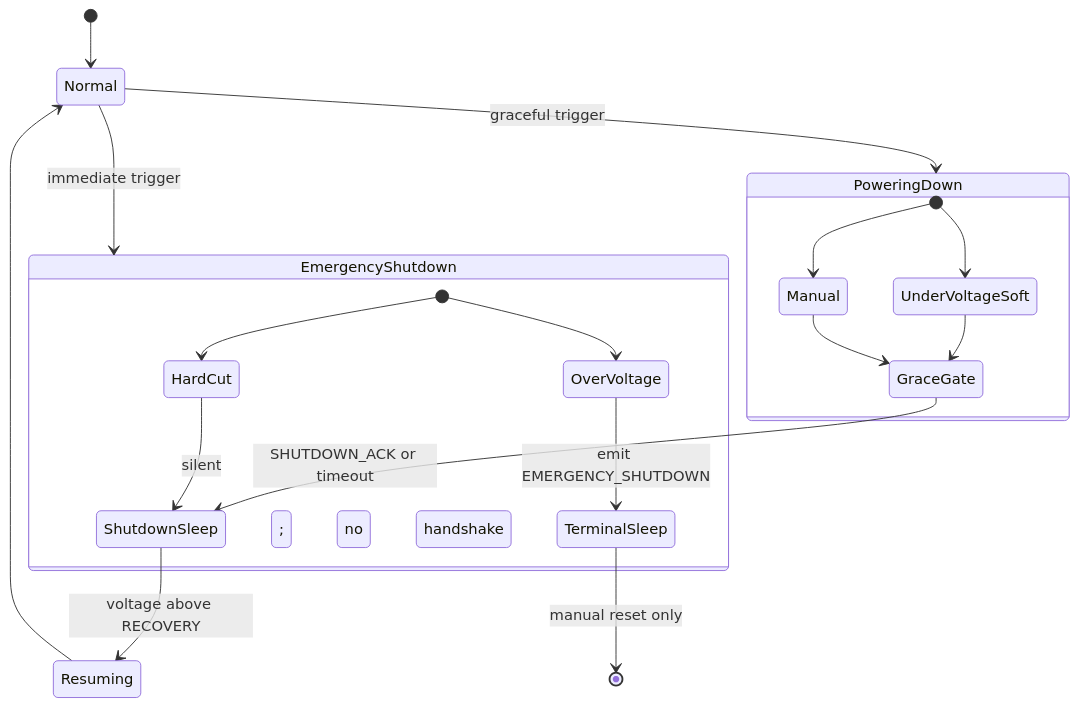
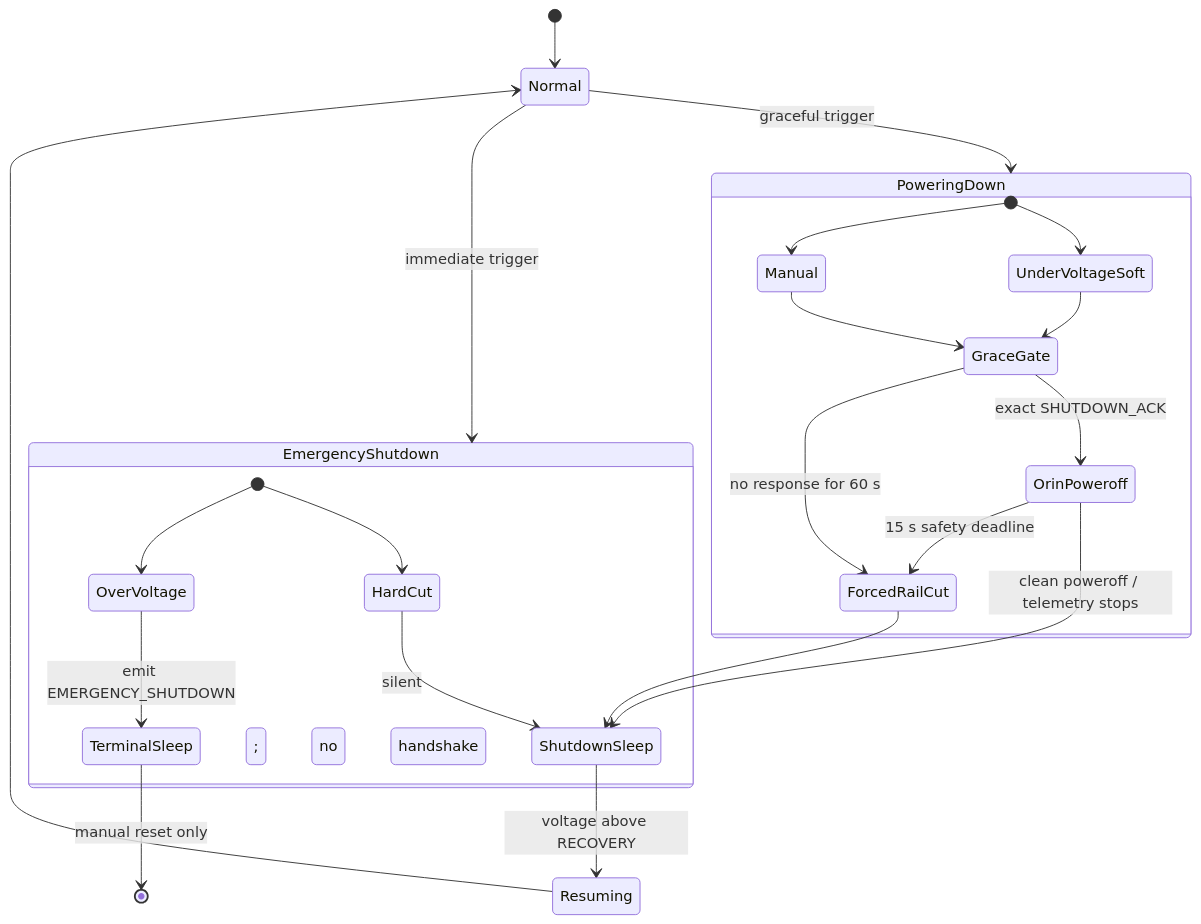
The diagram in docs/M16-POWER-BENCH-TEST.md (blolt/krabby-research), drawn with Mermaid before and after one commit. The commit also changed other lines of this file and 5 other files, not shown here.

Commit message:
Scope shutdown acknowledgements to graceful poweroff

````diff
--- a/docs/M16-POWER-BENCH-TEST.md
+++ b/docs/M16-POWER-BENCH-TEST.md
@@ -16,25 +16,29 @@
 ```mermaid
 stateDiagram-v2
     [*] --> Normal
 
     state PoweringDown {
         [*] --> UnderVoltageSoft
         [*] --> Manual
         UnderVoltageSoft --> GraceGate
         Manual --> GraceGate
-        GraceGate --> ShutdownSleep: SHUTDOWN_ACK or timeout
+        GraceGate --> OrinPoweroff: exact SHUTDOWN_ACK
+        OrinPoweroff --> ShutdownSleep: clean poweroff / telemetry stops
+        GraceGate --> ForcedRailCut: no response for 60 s
+        OrinPoweroff --> ForcedRailCut: 15 s safety deadline
+        ForcedRailCut --> ShutdownSleep
     }
 
     state EmergencyShutdown {
         [*] --> HardCut
         [*] --> OverVoltage
         HardCut --> ShutdownSleep: silent; no handshake
         OverVoltage --> TerminalSleep: emit EMERGENCY_SHUTDOWN
     }
 
     Normal --> PoweringDown: graceful trigger
     Normal --> EmergencyShutdown: immediate trigger
     ShutdownSleep --> Resuming: voltage above RECOVERY
     Resuming --> Normal
     TerminalSleep --> [*]: manual reset only
 ```
````
